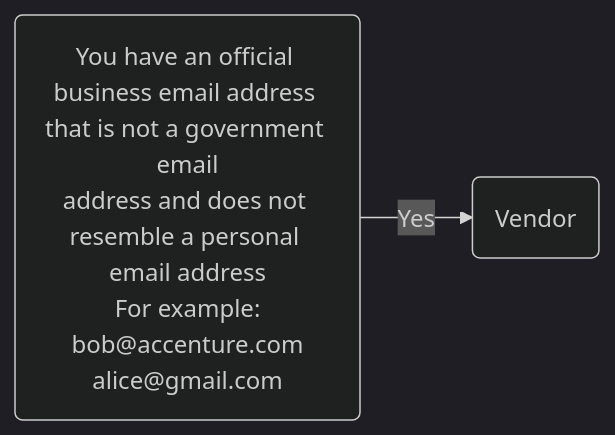
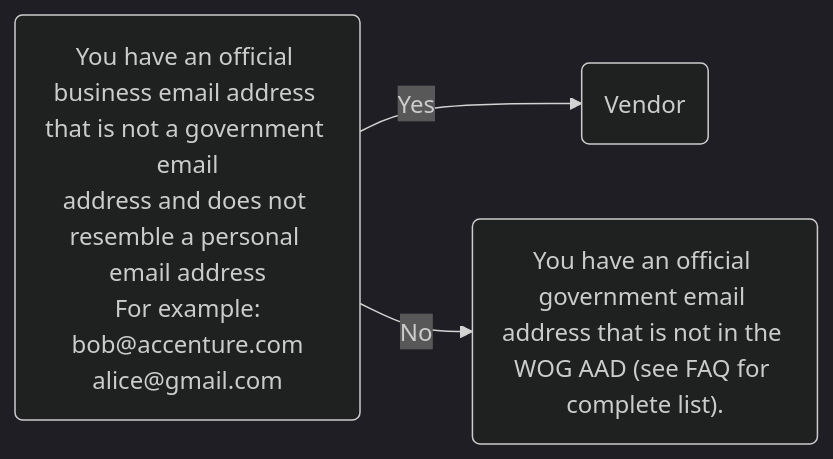
One commit to GovTechSG/techpass-user-docs changed the diagram in docs/onboard-to-techpass.md. Above: the diagram before and after it, drawn with Mermaid (dark theme).

````diff
--- a/docs/onboard-to-techpass.md
+++ b/docs/onboard-to-techpass.md
@@ -7,8 +7,11 @@
 ```mermaid
 graph LR
 
-A --> |Yes| B
+A --> | Yes | B
+A --> | No | C
+
 A("You have an official business email address that is not a government email<br>address and does not resemble a personal email address<br>For example#58;<br>bob#64;accenture.com<br>alice#64;gmail.com") 
 B(Vendor)
+C("You have an official government email address that is not in the WOG AAD (see FAQ for complete list).")
 
 ```
````
